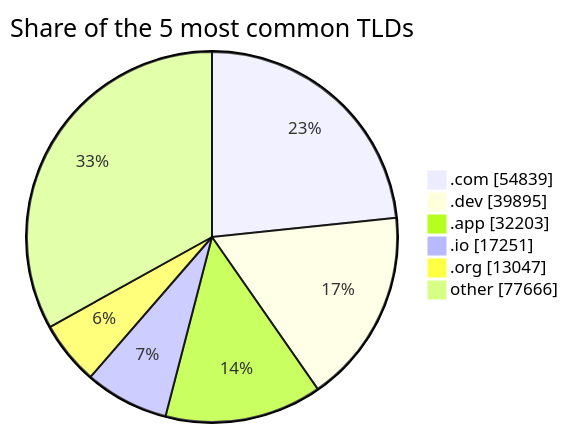
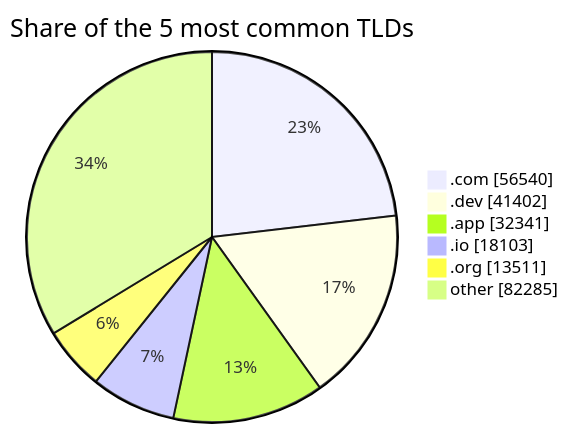
Before and after one commit to DNSBunker/CTI: the second of 2 diagrams in README.md, drawn with Mermaid. The commit also changed other lines of this file and 3 other files, not shown here.

````diff
--- a/README.md
+++ b/README.md
@@ -72,9 +72,9 @@
 ```mermaid
 pie showData title Share of the 5 most common TLDs
-    ".com" : 54839
-    ".dev" : 39895
-    ".app" : 32203
-    ".io" : 17251
-    ".org" : 13047
-    "other" : 77666
+    ".com" : 56540
+    ".dev" : 41402
+    ".app" : 32341
+    ".io" : 18103
+    ".org" : 13511
+    "other" : 82285
 ```
````
